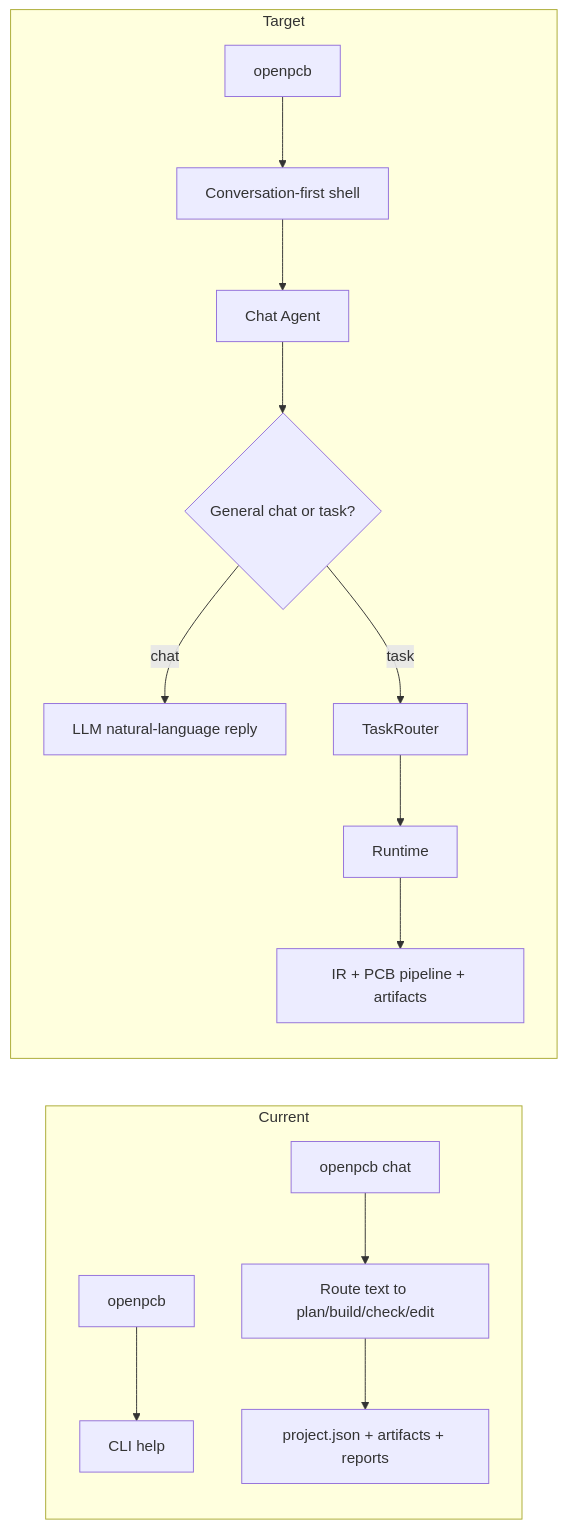
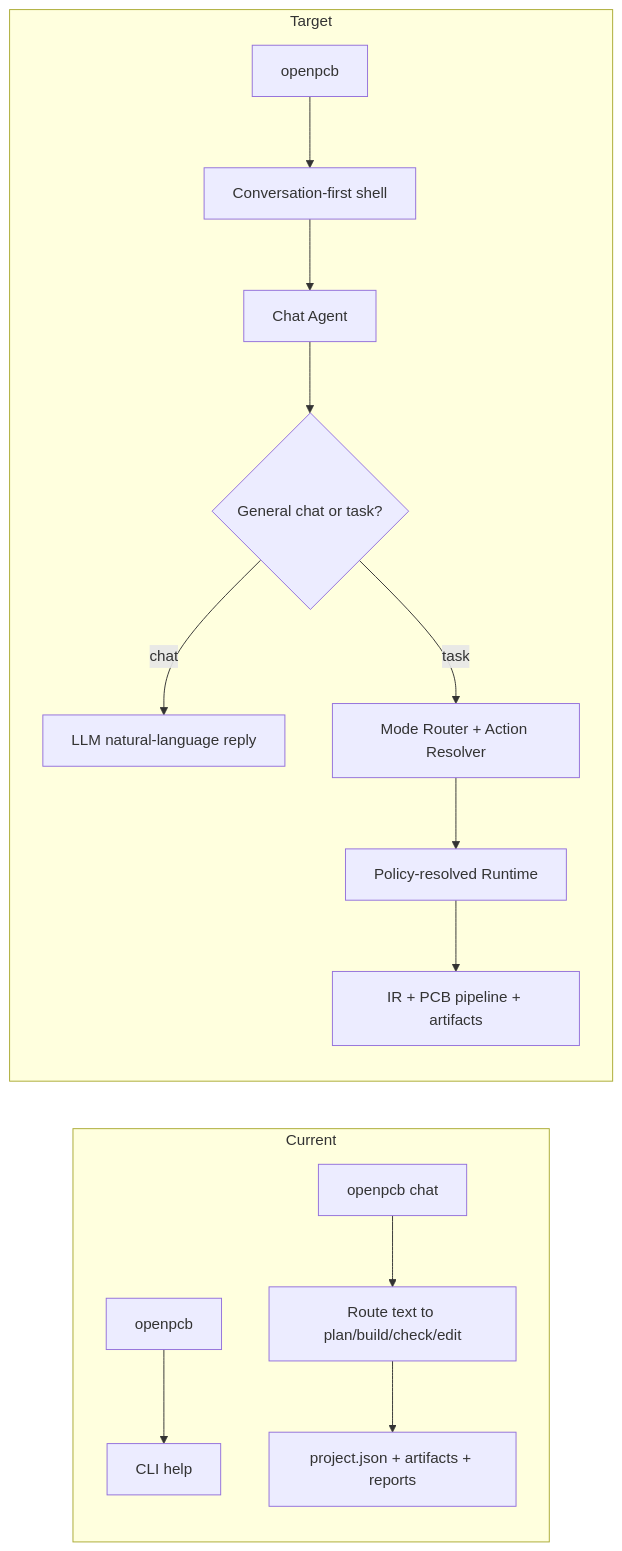
One commit to yuanmk26/OpenPCB changed the first of 2 diagrams in docs/architecture/system-architecture.md. Above: the diagram before and after it, drawn with Mermaid. The commit also changed other lines of this file and 5 other files, not shown here.

Commit message:
docs: add mode-action architecture design

````diff
--- a/docs/architecture/system-architecture.md
+++ b/docs/architecture/system-architecture.md
@@ -39,18 +46,18 @@
 ```mermaid
 flowchart LR
     subgraph Current
         A0[openpcb] --> A1[CLI help]
         A2[openpcb chat] --> A3[Route text to plan/build/check/edit]
         A3 --> A4[project.json + artifacts + reports]
     end
 
     subgraph Target
         B0[openpcb] --> B1[Conversation-first shell]
         B1 --> B2[Chat Agent]
         B2 --> B3{General chat or task?}
         B3 -->|chat| B4[LLM natural-language reply]
-        B3 -->|task| B5[TaskRouter]
-        B5 --> B6[Runtime]
+        B3 -->|task| B5[Mode Router + Action Resolver]
+        B5 --> B6[Policy-resolved Runtime]
         B6 --> B7[IR + PCB pipeline + artifacts]
     end
 ```
````
